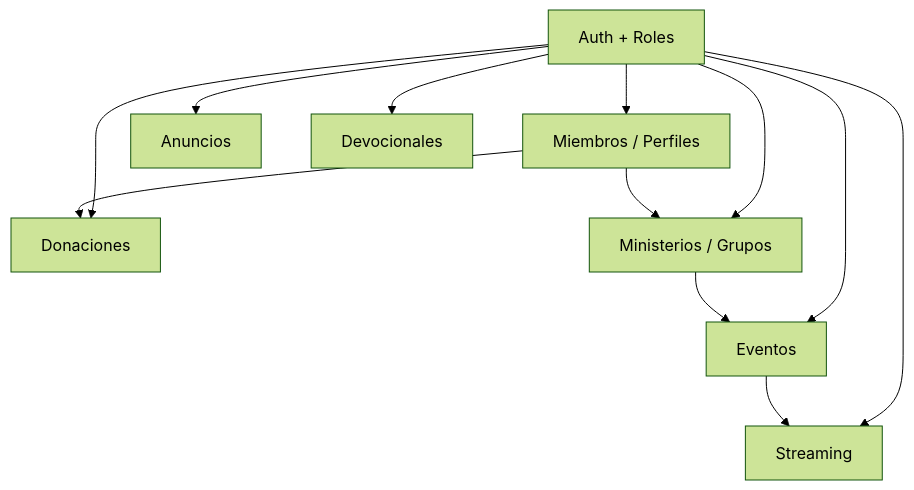
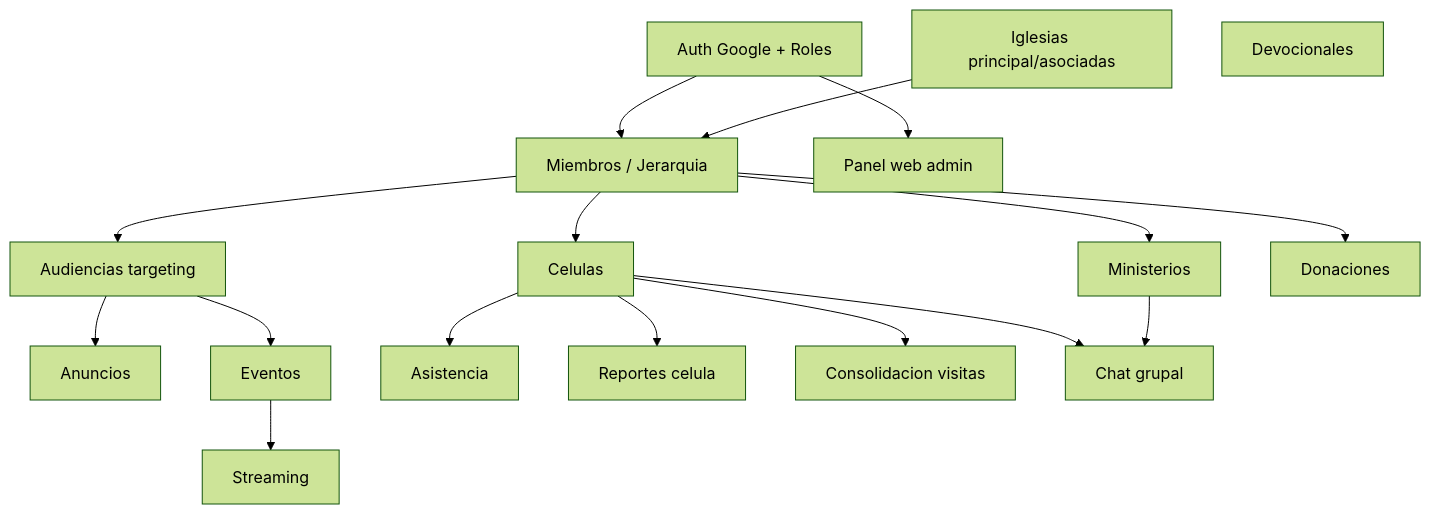
One commit to Abrahan-Eagle/CRH-Backend changed the fourth of 4 diagrams in docs/MODULES.md. Above: the diagram before and after it, drawn with Mermaid (forest theme). The commit also changed other lines of this file and 7 other files, not shown here.

````diff
--- a/docs/MODULES.md
+++ b/docs/MODULES.md
@@ -7,23 +64,35 @@
 ```mermaid
 flowchart TB
-    auth[Auth + Roles]
-    members[Miembros / Perfiles]
+    auth[Auth Google + Roles]
+    churches[Iglesias principal/asociadas]
+    members[Miembros / Jerarquia]
+    ministries[Ministerios]
+    cells[Celulas]
+    audiences[Audiencias targeting]
     announcements[Anuncios]
     events[Eventos]
     devotionals[Devocionales]
     streaming[Streaming]
     donations[Donaciones]
-    ministries[Ministerios / Grupos]
+    attendance[Asistencia]
+    reports[Reportes celula]
+    consolidation[Consolidacion visitas]
+    chat[Chat grupal]
+    adminweb[Panel web admin]
 
     auth --> members
-    auth --> announcements
-    auth --> events
-    auth --> devotionals
-    auth --> streaming
-    auth --> donations
-    auth --> ministries
+    churches --> members
     members --> ministries
+    members --> cells
     members --> donations
+    cells --> attendance
+    cells --> reports
+    cells --> consolidation
+    cells --> chat
+    ministries --> chat
+    audiences --> announcements
+    audiences --> events
+    members --> audiences
     events --> streaming
-    ministries --> events
+    auth --> adminweb
 ```
````
